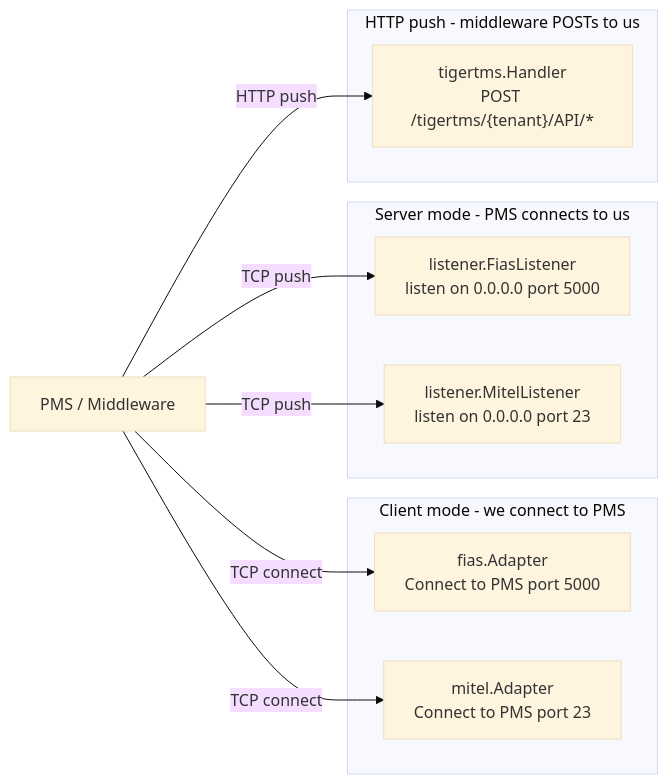
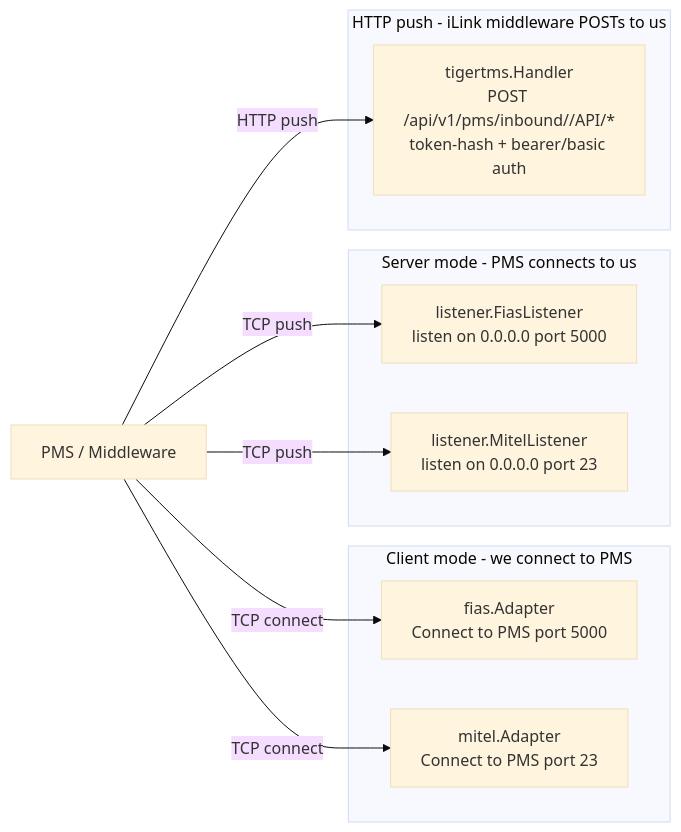
One commit to sagostin/pbx-hospitality changed the diagram in docs/protocols.md. Above: the diagram before and after it, drawn with Mermaid (base theme). The commit also changed other lines of this file and 25 other files, not shown here.

First line of the commit message:
feat: implement TigerTMS iLink inbound protocol and outbound webhooks

````diff
--- a/docs/protocols.md
+++ b/docs/protocols.md
@@ -10,24 +10,24 @@
 ```mermaid
 flowchart LR
     subgraph Connect["Client mode - we connect to PMS"]
         C_FIAS["fias.Adapter<br/>Connect to PMS port 5000"]
         C_MITEL["mitel.Adapter<br/>Connect to PMS port 23"]
     end
 
     subgraph Server["Server mode - PMS connects to us"]
         S_FIAS["listener.FiasListener<br/>listen on 0.0.0.0 port 5000"]
         S_MITEL["listener.MitelListener<br/>listen on 0.0.0.0 port 23"]
     end
 
-    subgraph Push["HTTP push - middleware POSTs to us"]
-        T_TIGER["tigertms.Handler<br/>POST /tigertms/{tenant}/API/*"]
+subgraph Push["HTTP push - iLink middleware POSTs to us"]
+        T_TIGER["tigertms.Handler<br/>POST /api/v1/pms/inbound/<token>/API/*<br/>token-hash + bearer/basic auth"]
     end
 
     PMS["PMS / Middleware"]
 
     PMS -- "TCP connect" --> C_FIAS
     PMS -- "TCP connect" --> C_MITEL
     PMS -- "TCP push" --> S_FIAS
     PMS -- "TCP push" --> S_MITEL
     PMS -- "HTTP push" --> T_TIGER
 ```
````
